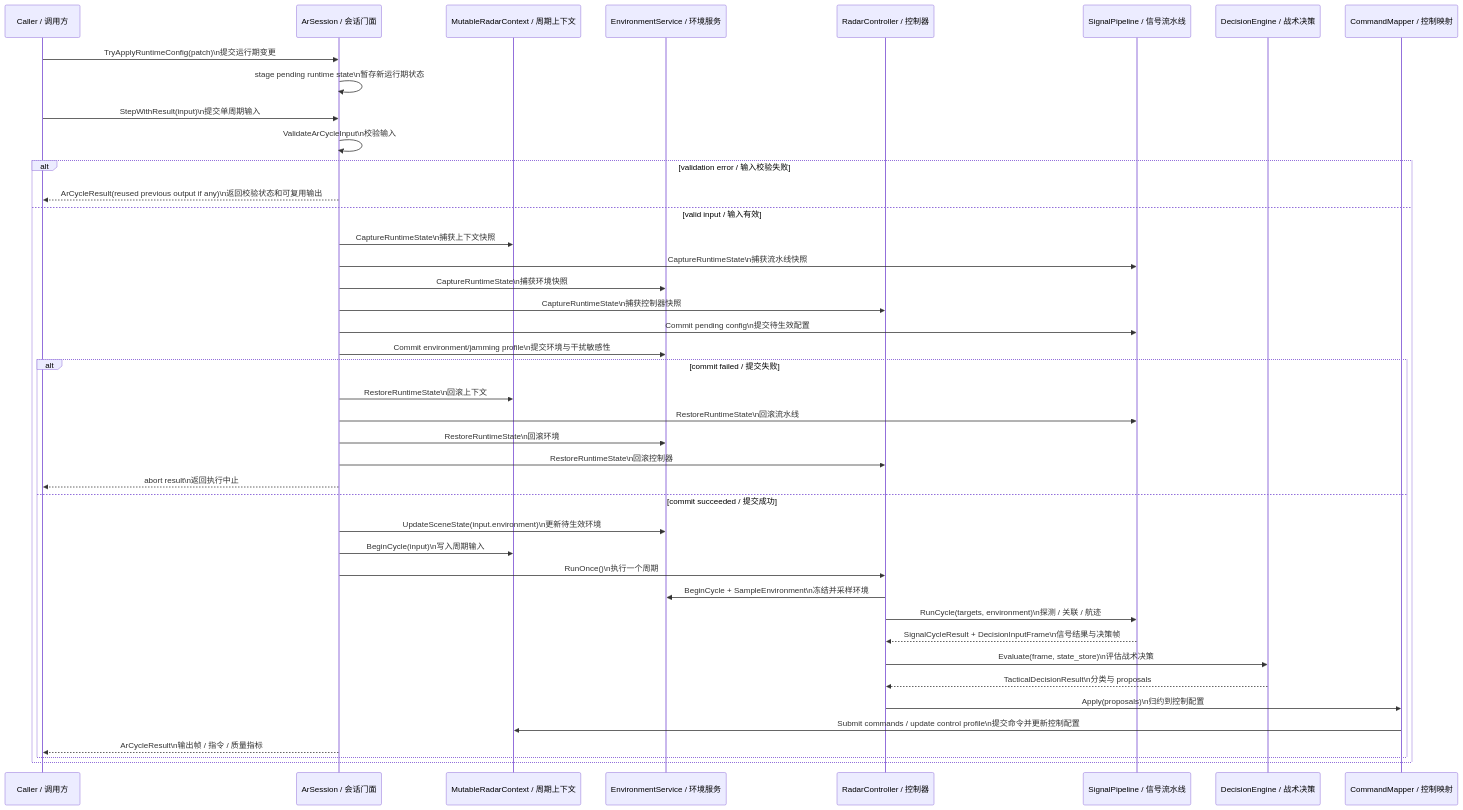
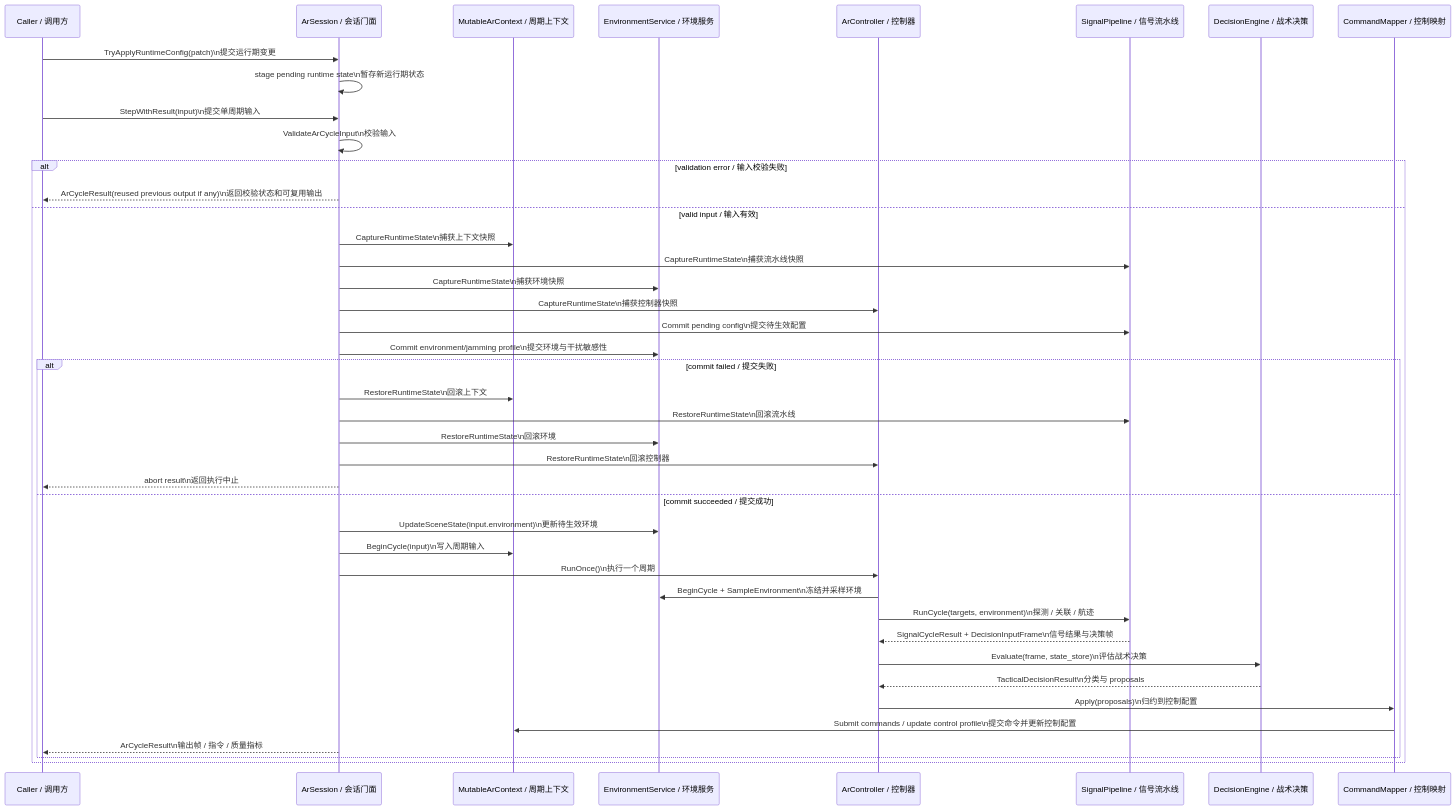
One commit to boilwater-3/1q changed the second of 4 diagrams in docs/airborne_radar/design.md. Above: the diagram before and after it, drawn with Mermaid. The commit also changed other lines of this file and 1 other file, not shown here.

````diff
--- a/docs/airborne_radar/design.md
+++ b/docs/airborne_radar/design.md
@@ -143,46 +145,46 @@
 ```mermaid
 sequenceDiagram
   participant Caller as Caller / 调用方
   participant Session as ArSession / 会话门面
-  participant Context as MutableRadarContext / 周期上下文
+  participant Context as MutableArContext / 周期上下文
   participant Env as EnvironmentService / 环境服务
-  participant Controller as RadarController / 控制器
+  participant Controller as ArController / 控制器
   participant Pipe as SignalPipeline / 信号流水线
   participant Decision as DecisionEngine / 战术决策
   participant Mapper as CommandMapper / 控制映射
 
   Caller->>Session: TryApplyRuntimeConfig(patch)\n提交运行期变更
   Session->>Session: stage pending runtime state\n暂存新运行期状态
 
   Caller->>Session: StepWithResult(input)\n提交单周期输入
   Session->>Session: ValidateArCycleInput\n校验输入
   alt validation error / 输入校验失败
     Session-->>Caller: ArCycleResult(reused previous output if any)\n返回校验状态和可复用输出
   else valid input / 输入有效
     Session->>Context: CaptureRuntimeState\n捕获上下文快照
     Session->>Pipe: CaptureRuntimeState\n捕获流水线快照
     Session->>Env: CaptureRuntimeState\n捕获环境快照
     Session->>Controller: CaptureRuntimeState\n捕获控制器快照
     Session->>Pipe: Commit pending config\n提交待生效配置
     Session->>Env: Commit environment/jamming profile\n提交环境与干扰敏感性
     alt commit failed / 提交失败
       Session->>Context: RestoreRuntimeState\n回滚上下文
       Session->>Pipe: RestoreRuntimeState\n回滚流水线
       Session->>Env: RestoreRuntimeState\n回滚环境
       Session->>Controller: RestoreRuntimeState\n回滚控制器
       Session-->>Caller: abort result\n返回执行中止
     else commit succeeded / 提交成功
       Session->>Env: UpdateSceneState(input.environment)\n更新待生效环境
       Session->>Context: BeginCycle(input)\n写入周期输入
       Session->>Controller: RunOnce()\n执行一个周期
       Controller->>Env: BeginCycle + SampleEnvironment\n冻结并采样环境
       Controller->>Pipe: RunCycle(targets, environment)\n探测 / 关联 / 航迹
       Pipe-->>Controller: SignalCycleResult + DecisionInputFrame\n信号结果与决策帧
       Controller->>Decision: Evaluate(frame, state_store)\n评估战术决策
       Decision-->>Controller: TacticalDecisionResult\n分类与 proposals
       Controller->>Mapper: Apply(proposals)\n归约到控制配置
       Mapper->>Context: Submit commands / update control profile\n提交命令并更新控制配置
       Session-->>Caller: ArCycleResult\n输出帧 / 指令 / 质量指标
     end
   end
 ```
````
